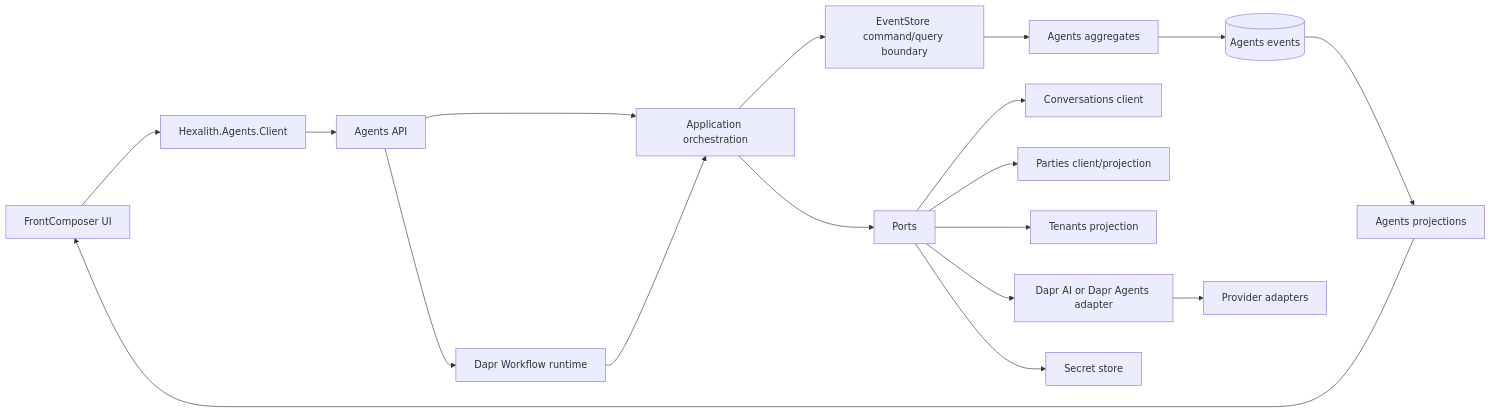
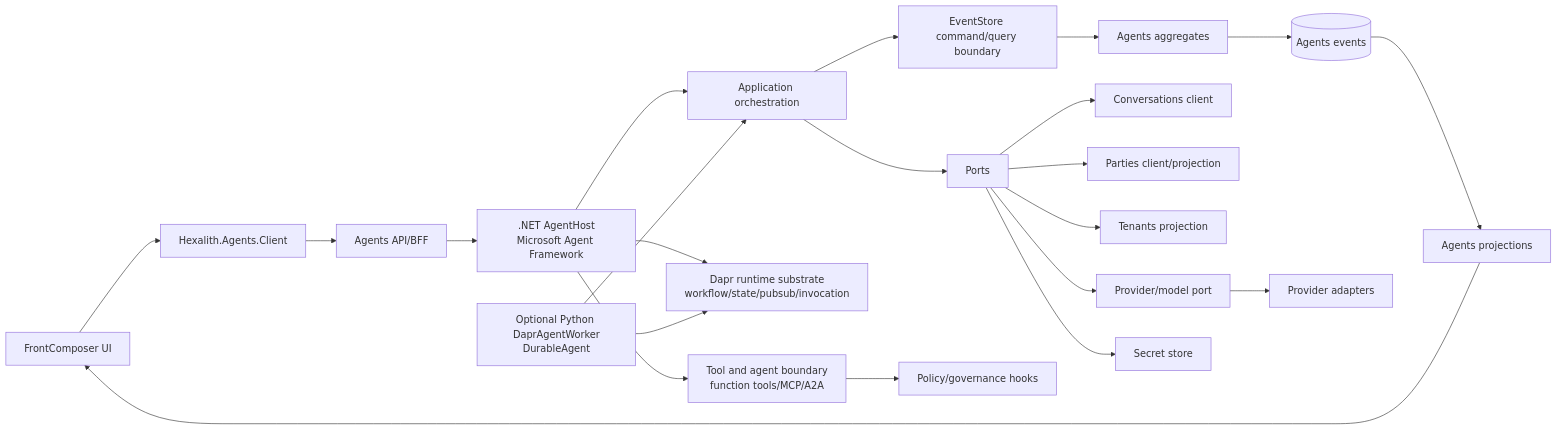
The first of 4 diagrams in _bmad-output/planning-artifacts/architecture/architecture-agents-2026-06-23-2/ARCHITECTURE-SPINE.md (Hexalith/Hexalith.Agents), drawn with Mermaid before and after one commit. The commit also changed other lines of this file and 6 other files, not shown here.

````diff
--- a/_bmad-output/planning-artifacts/architecture/architecture-agents-2026-06-23-2/ARCHITECTURE-SPINE.md
+++ b/_bmad-output/planning-artifacts/architecture/architecture-agents-2026-06-23-2/ARCHITECTURE-SPINE.md
@@ -39,20 +44,24 @@
 ```mermaid
 flowchart LR
   UI[FrontComposer UI] --> Client[Hexalith.Agents.Client]
-  API[Agents API] --> App[Application orchestration]
   Client --> API
-  API --> Workflow[Dapr Workflow runtime]
-  Workflow --> App
+  API[Agents API/BFF] --> AgentHost[.NET AgentHost<br/>Microsoft Agent Framework]
+  AgentHost --> App[Application orchestration]
+  AgentHost --> Runtime[Dapr runtime substrate<br/>workflow/state/pubsub/invocation]
+  AgentHost --> Tools[Tool and agent boundary<br/>function tools/MCP/A2A]
+  DaprWorker[Optional Python DaprAgentWorker<br/>DurableAgent] --> Runtime
+  DaprWorker --> App
   App --> Ports[Ports]
   App --> ES[EventStore command/query boundary]
   ES --> Agg[Agents aggregates]
   Agg --> Events[(Agents events)]
   Ports --> Conversations[Conversations client]
   Ports --> Parties[Parties client/projection]
   Ports --> Tenants[Tenants projection]
-  Ports --> DaprAI[Dapr AI or Dapr Agents adapter]
-  DaprAI --> Provider[Provider adapters]
+  Ports --> ProviderPort[Provider/model port]
+  ProviderPort --> Provider[Provider adapters]
+  Tools --> Policy[Policy/governance hooks]
   Ports --> Secrets[Secret store]
   Events --> Proj[Agents projections]
   Proj --> UI
 ```
````
